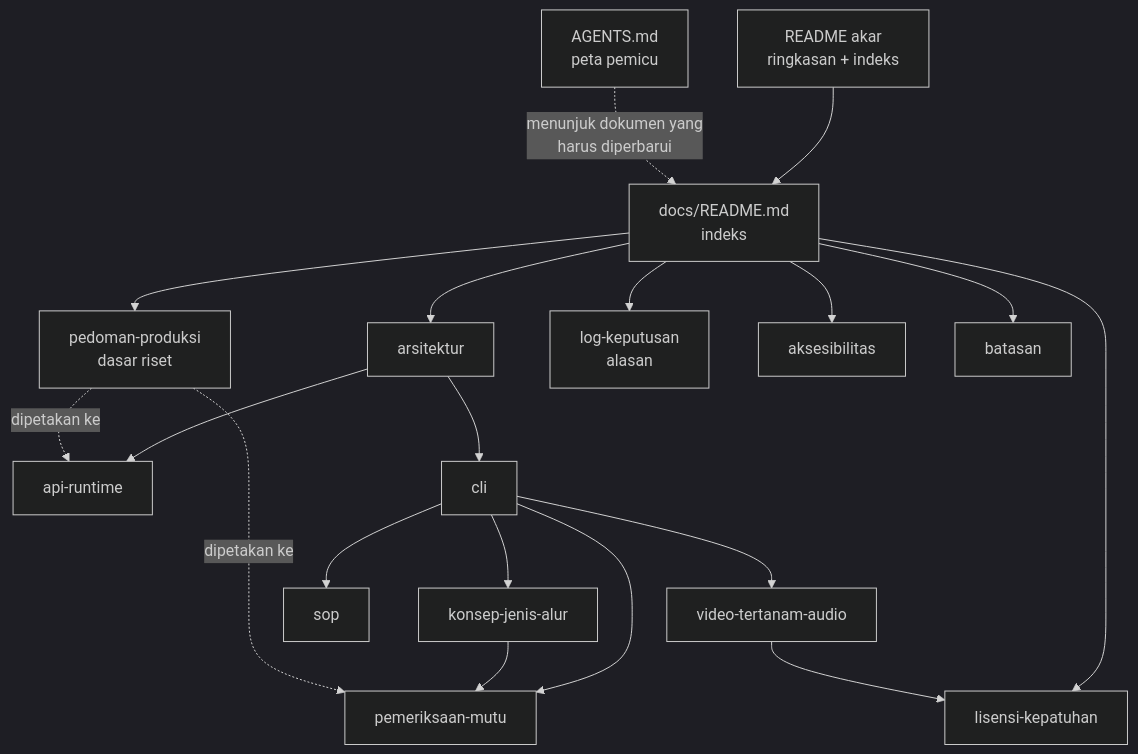
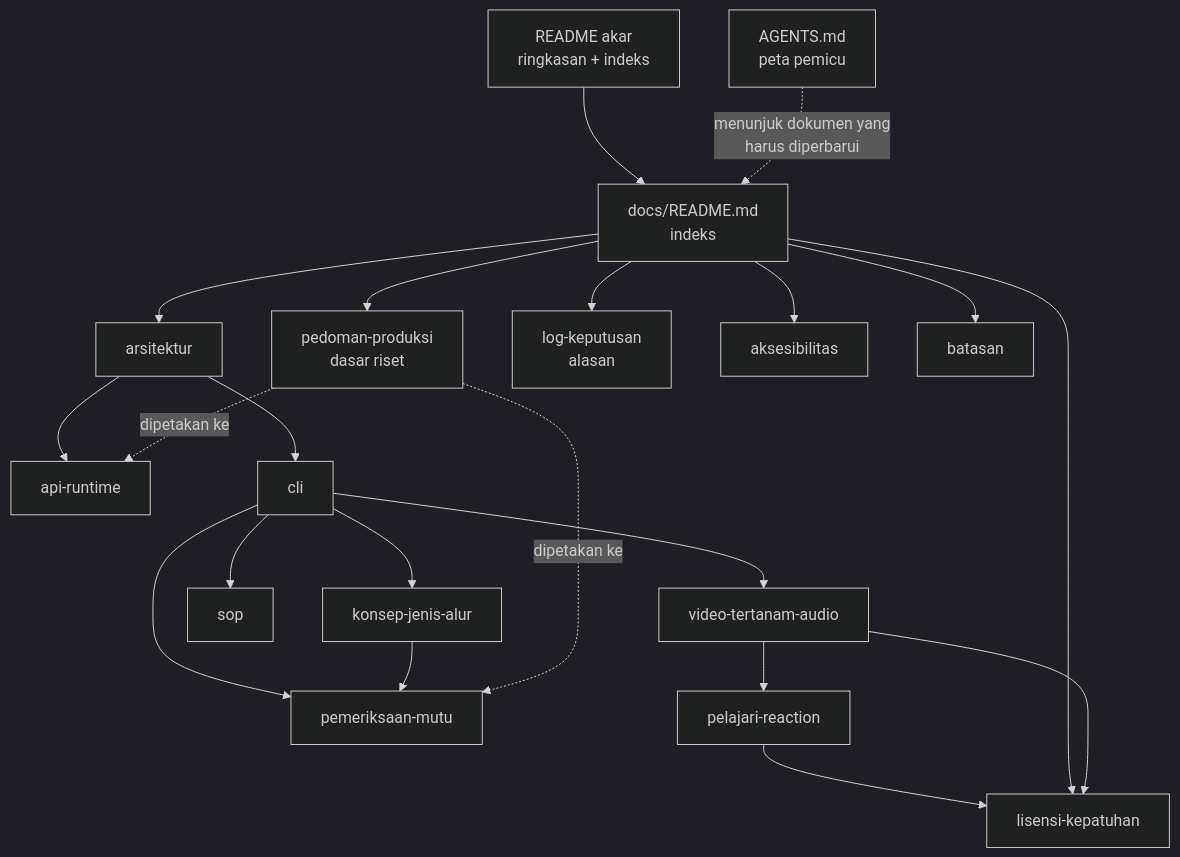
Before and after one commit to ahliweb/awvd: the diagram in docs/README.md, drawn with Mermaid (dark theme). The commit also changed other lines of this file and 24 other files, not shown here.

Commit message:
feat: pelajari video lokal, kebijakan kutipan wajar, dan templat reaction

````diff
--- a/docs/README.md
+++ b/docs/README.md
@@ -35,21 +36,23 @@
 ```mermaid
 flowchart TD
     R[README akar<br/>ringkasan + indeks] --> I[docs/README.md<br/>indeks]
     I --> A[arsitektur]
     A --> API[api-runtime]
     A --> CLI[cli]
     CLI --> QC[pemeriksaan-mutu]
     CLI --> KLP[video-tertanam-audio]
+    KLP --> PLJ[pelajari-reaction]
+    PLJ --> LIS
     CLI --> SOP[sop]
     CLI --> KON[konsep-jenis-alur]
     KON --> QC
     I --> PP[pedoman-produksi<br/>dasar riset]
     I --> LK[log-keputusan<br/>alasan]
     I --> AKS[aksesibilitas]
     I --> BAT[batasan]
     I --> LIS[lisensi-kepatuhan]
     KLP --> LIS
     PP -.->|dipetakan ke| API
     PP -.->|dipetakan ke| QC
     AG[AGENTS.md<br/>peta pemicu] -.->|menunjuk dokumen yang<br/>harus diperbarui| I
 ```
````
